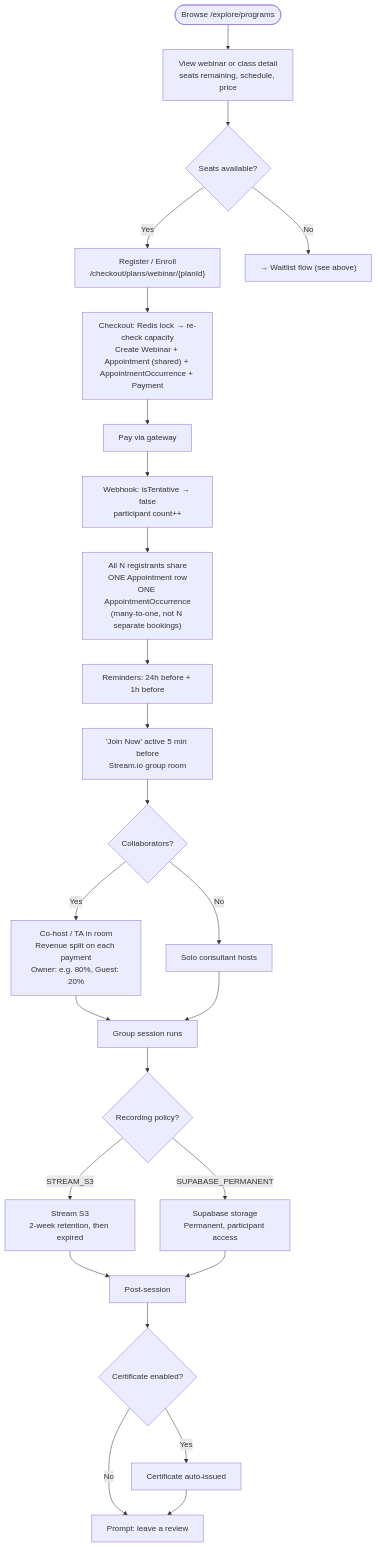
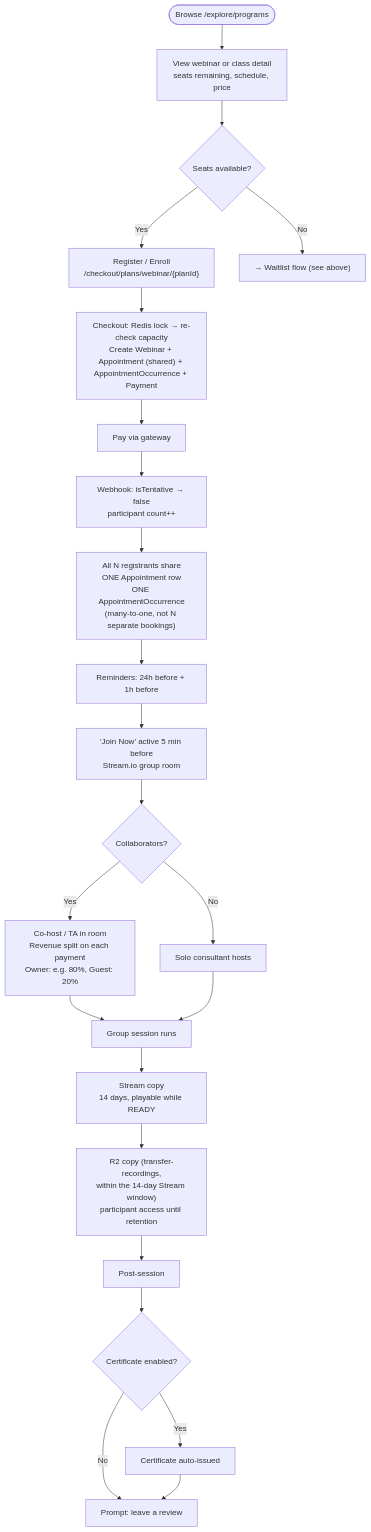
Before and after one commit to Practitionist/familiarise_web: diagram 12 of 19 in docs/architecture/product-flow-map.md, drawn with Mermaid. The commit also changed other lines of this file and 115 other files, not shown here.

First line of the commit message:
feat(recordings): durable R2 copy pipeline, platform retention, private-by-default access (#2041)

````diff
--- a/docs/architecture/product-flow-map.md
+++ b/docs/architecture/product-flow-map.md
@@ -342,33 +342,31 @@
 ```mermaid
 flowchart TD
     Browse([Browse /explore/programs]) --> EventPage["View webinar or class detail\nseats remaining, schedule, price"]
 
     EventPage --> CapCheck{Seats available?}
     CapCheck -- Yes --> Enroll["Register / Enroll\n/checkout/plans/webinar/{planId}"]
     CapCheck -- No --> WaitlistFlow["→ Waitlist flow (see above)"]
 
     Enroll --> Checkout["Checkout: Redis lock → re-check capacity\nCreate Webinar + Appointment (shared) + AppointmentOccurrence + Payment"]
     Checkout --> Pay["Pay via gateway"]
     Pay --> Webhook["Webhook: isTentative → false\nparticipant count++"]
 
     Webhook --> AllPartners["All N registrants share\nONE Appointment row\nONE AppointmentOccurrence\n(many-to-one, not N separate bookings)"]
     AllPartners --> Reminders["Reminders: 24h before + 1h before"]
     Reminders --> JoinNow["'Join Now' active 5 min before\nStream.io group room"]
 
     JoinNow --> CollabCheck{Collaborators?}
     CollabCheck -- Yes --> CollabRoom["Co-host / TA in room\nRevenue split on each payment\nOwner: e.g. 80%, Guest: 20%"]
     CollabCheck -- No --> SoloRoom["Solo consultant hosts"]
     CollabRoom --> Session["Group session runs"]
     SoloRoom --> Session
 
-    Session --> RecordingPolicy{Recording policy?}
-    RecordingPolicy -- STREAM_S3 --> TempRecording["Stream S3\n2-week retention, then expired"]
-    RecordingPolicy -- SUPABASE_PERMANENT --> PermRecording["Supabase storage\nPermanent, participant access"]
-    TempRecording --> PostSession
+    Session --> TempRecording["Stream copy\n14 days, playable while READY"]
+    TempRecording --> PermRecording["R2 copy (transfer-recordings,\nwithin the 14-day Stream window)\nparticipant access until retention"]
     PermRecording --> PostSession
 
     PostSession["Post-session"] --> CertCheck{Certificate enabled?}
     CertCheck -- Yes --> Cert["Certificate auto-issued"]
     CertCheck -- No --> Review["Prompt: leave a review"]
     Cert --> Review
 ```
````
